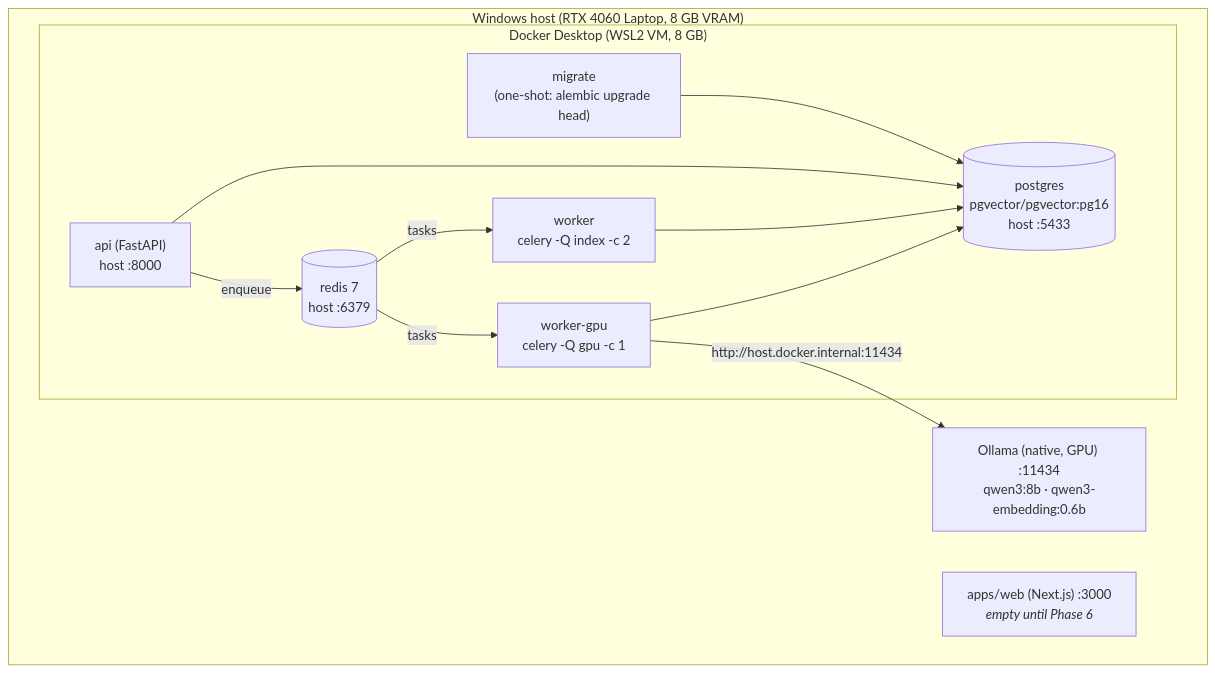
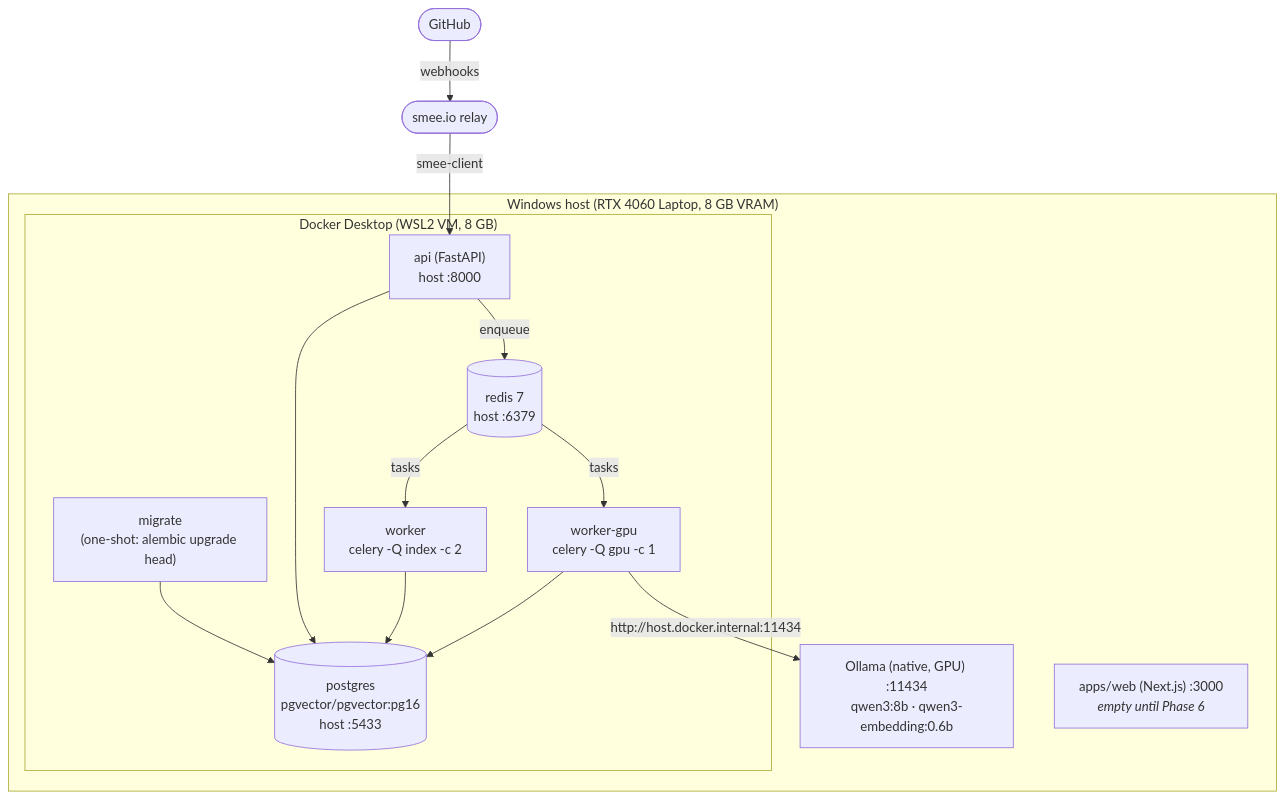
The second of 9 diagrams in architecture.md (RAIF-KARANI/codelens), drawn with Mermaid before and after one commit. The commit also changed other lines of this file and 25 other files, not shown here.

First line of the commit message:
feat(github): GitHub App credentials and a verified webhook endpoint (Phase 5 step 2) (#22)

````diff
--- a/architecture.md
+++ b/architecture.md
@@ -86,23 +87,24 @@
 ```mermaid
 flowchart TB
     subgraph host["Windows host (RTX 4060 Laptop, 8 GB VRAM)"]
         OL["Ollama (native, GPU) :11434<br/>qwen3:8b · qwen3-embedding:0.6b"]
         WEB["apps/web (Next.js) :3000<br/><i>empty until Phase 6</i>"]
         subgraph docker["Docker Desktop (WSL2 VM, 8 GB)"]
             PG[("postgres<br/>pgvector/pgvector:pg16<br/>host :5433")]
             RD[("redis 7<br/>host :6379")]
             MIG["migrate<br/>(one-shot: alembic upgrade head)"]
             API["api (FastAPI)<br/>host :8000"]
             WI["worker<br/>celery -Q index -c 2"]
             WG["worker-gpu<br/>celery -Q gpu -c 1"]
         end
     end
+    GH(["GitHub"]) -- webhooks --> SMEE(["smee.io relay"]) -- "smee-client" --> API
     MIG --> PG
     API --> PG
     API -- enqueue --> RD
     RD -- tasks --> WI
     RD -- tasks --> WG
     WI --> PG
     WG --> PG
     WG -- "http://host.docker.internal:11434" --> OL
 ```
````
